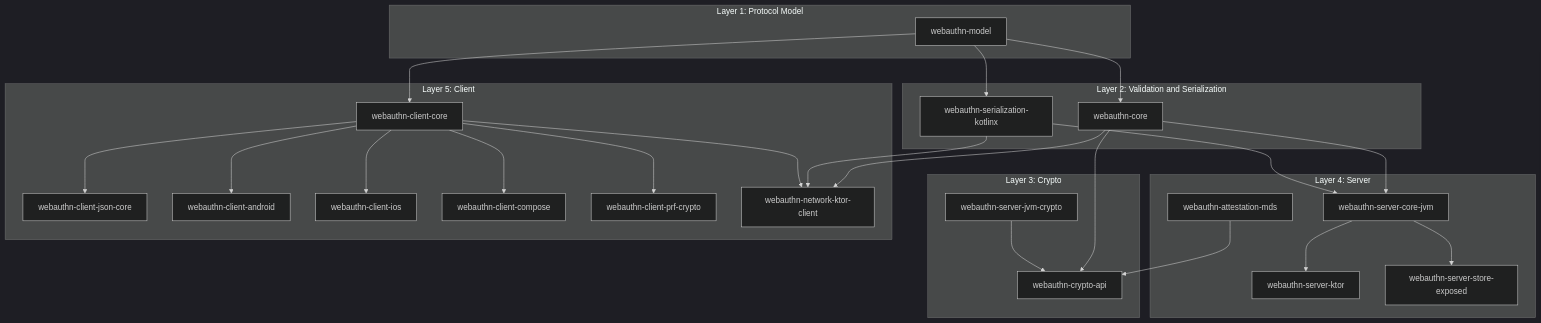
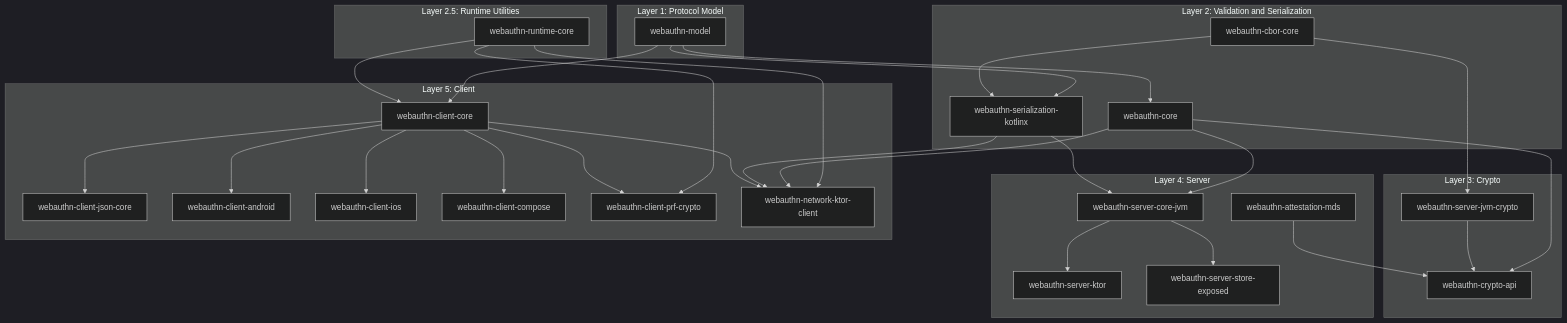
Before and after one commit to szijpeter/webauthn-kotlin-multiplatform: the diagram in docs/architecture.md, drawn with Mermaid (dark theme). The commit also changed 47 other files, not shown here.

First line of the commit message:
Runtime hardening: shared cancellation core + cbor-core module rename (#77)

````diff
--- a/docs/architecture.md
+++ b/docs/architecture.md
@@ -15,53 +15,63 @@
 ```mermaid
 flowchart TB
     subgraph L1[Layer 1: Protocol Model]
         MODEL[webauthn-model]
     end
 
     subgraph L2[Layer 2: Validation and Serialization]
         CORE[webauthn-core]
         SER[webauthn-serialization-kotlinx]
+        CBOR[webauthn-cbor-core]
+    end
+
+    subgraph L2R[Layer 2.5: Runtime Utilities]
+        RUNTIME[webauthn-runtime-core]
     end
 
     subgraph L3[Layer 3: Crypto]
         API[webauthn-crypto-api]
         JVMCRYPTO[webauthn-server-jvm-crypto]
     end
 
     subgraph L4[Layer 4: Server]
         SVC[webauthn-server-core-jvm]
         KTOR[webauthn-server-ktor]
         STORE[webauthn-server-store-exposed]
         MDS[webauthn-attestation-mds]
     end
 
     subgraph L5[Layer 5: Client]
         CCORE[webauthn-client-core]
         CJSON[webauthn-client-json-core]
         CANDROID[webauthn-client-android]
         CIOS[webauthn-client-ios]
         CCOMPOSE[webauthn-client-compose]
         CPRF[webauthn-client-prf-crypto]
         NET[webauthn-network-ktor-client]
     end
 
     MODEL --> CORE
     MODEL --> SER
+    CBOR --> SER
     CORE --> API
+    CBOR --> JVMCRYPTO
     JVMCRYPTO --> API
     CORE --> SVC
     SER --> SVC
     SVC --> KTOR
     SVC --> STORE
     MDS --> API
 
     MODEL --> CCORE
+    RUNTIME --> CCORE
+    RUNTIME --> CPRF
+    RUNTIME --> NET
     CCORE --> CJSON
     CCORE --> CANDROID
     CCORE --> CIOS
     CCORE --> CCOMPOSE
     CCORE --> CPRF
     CORE --> NET
     SER --> NET
     CCORE --> NET
 ```
````
